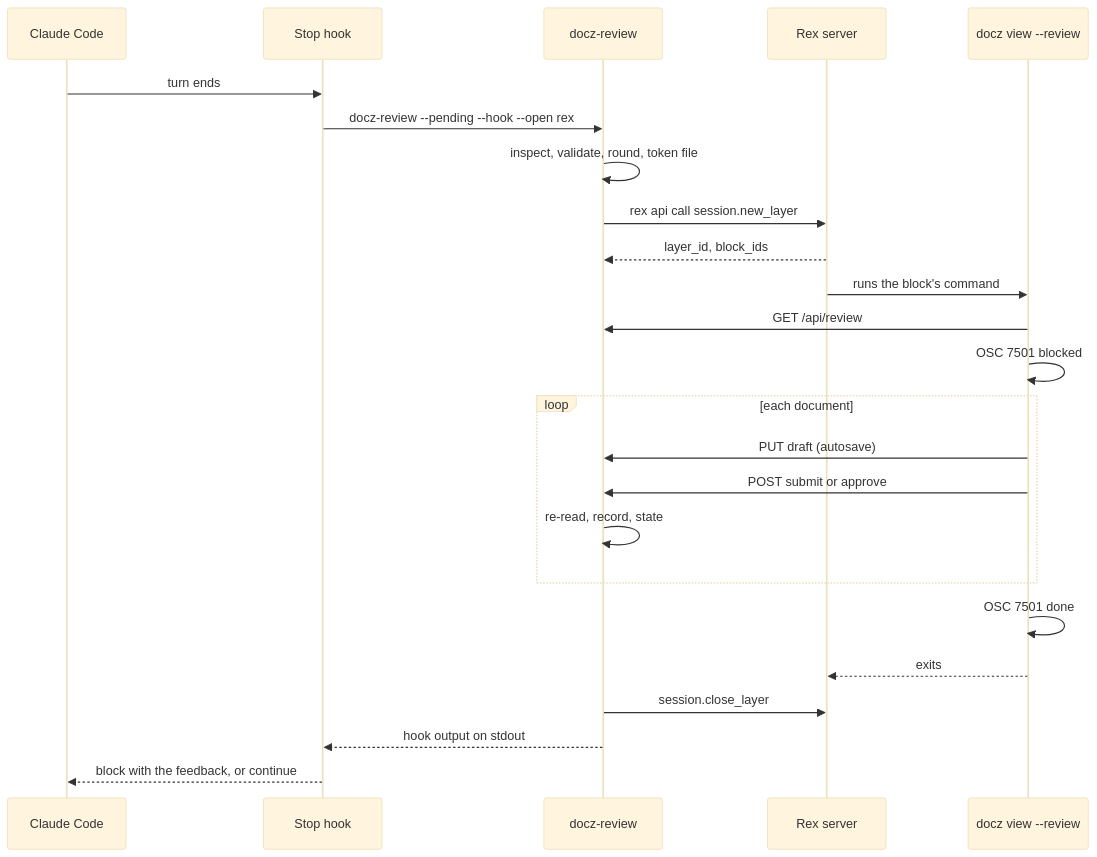
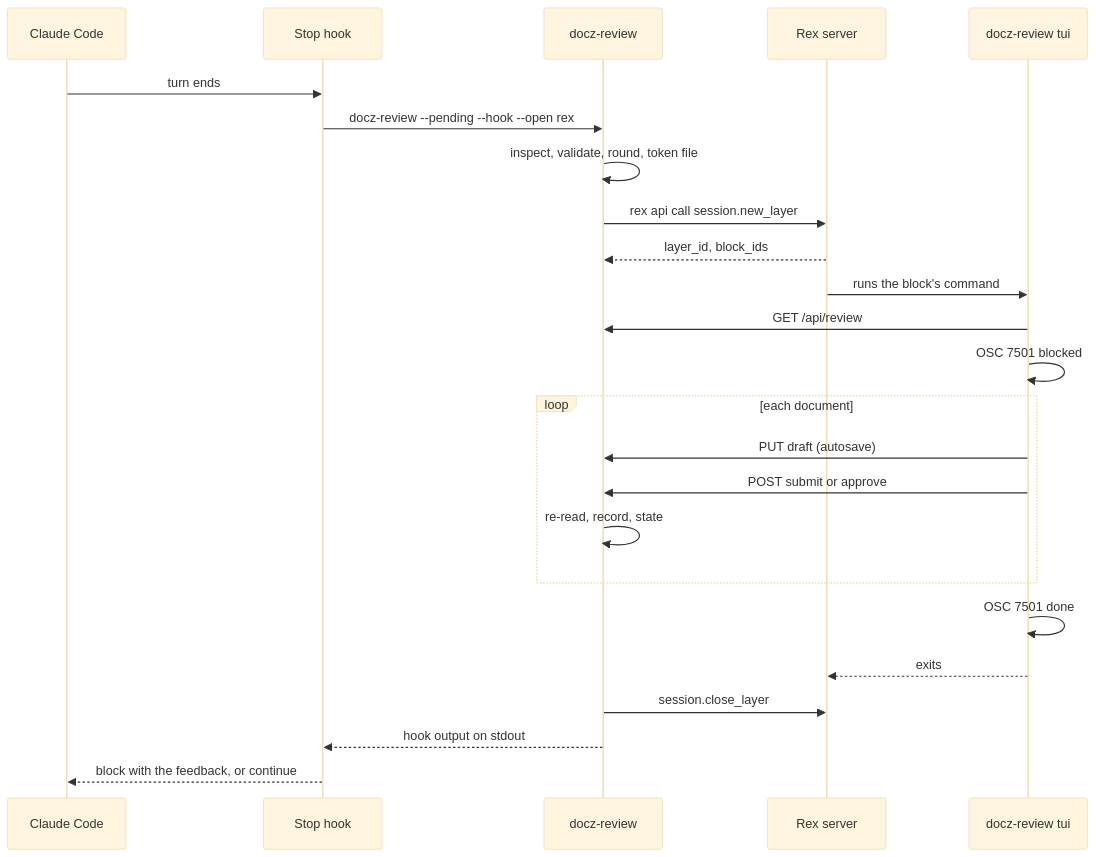
The third of 3 diagrams in docs/design/0027-docz-view-and-docz-review-rex-a-terminal-renderer-for-docz.md (donaldgifford/docz), drawn with Mermaid (base theme) before and after one commit. The commit also changed other lines of this file, not shown here.

````diff
--- a/docs/design/0027-docz-view-and-docz-review-rex-a-terminal-renderer-for-docz.md
+++ b/docs/design/0027-docz-view-and-docz-review-rex-a-terminal-renderer-for-docz.md
@@ -517,26 +619,26 @@
 ```mermaid
 sequenceDiagram
   participant Agent as Claude Code
   participant Hook as Stop hook
   participant Review as docz-review
   participant Rex as Rex server
-  participant Client as docz view --review
+  participant Client as docz-review tui
   Agent->>Hook: turn ends
   Hook->>Review: docz-review --pending --hook --open rex
   Review->>Review: inspect, validate, round, token file
   Review->>Rex: rex api call session.new_layer
   Rex-->>Review: layer_id, block_ids
   Rex->>Client: runs the block's command
   Client->>Review: GET /api/review
   Client->>Client: OSC 7501 blocked
   loop each document
     Client->>Review: PUT draft (autosave)
     Client->>Review: POST submit or approve
     Review->>Review: re-read, record, state
   end
   Client->>Client: OSC 7501 done
   Client-->>Rex: exits
   Review->>Rex: session.close_layer
   Review-->>Hook: hook output on stdout
   Hook-->>Agent: block with the feedback, or continue
 ```
````
